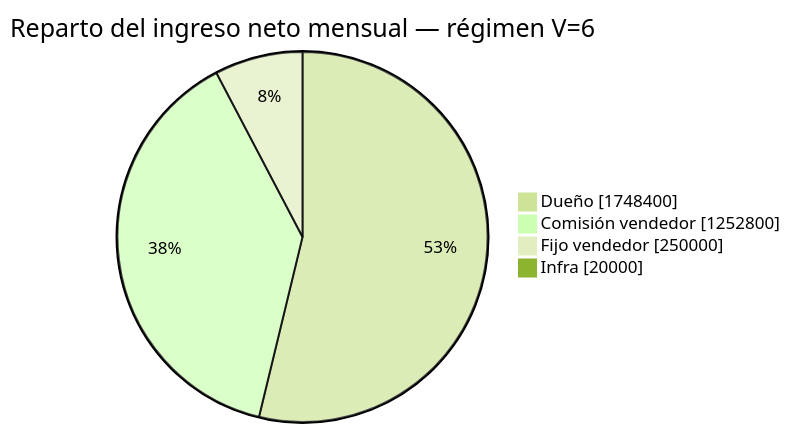
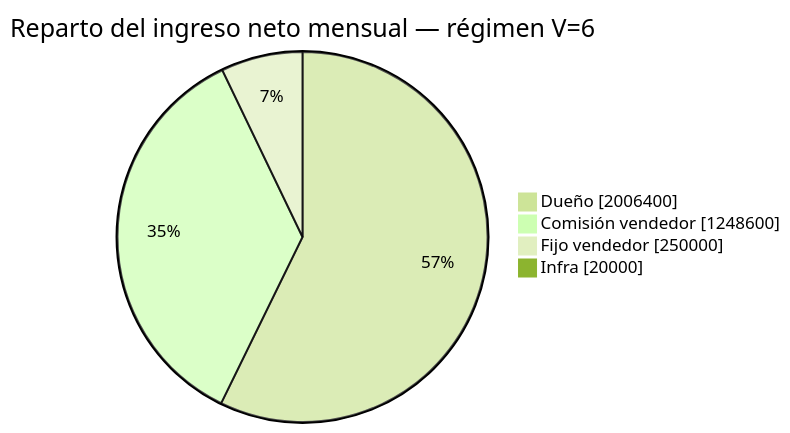
Before and after one commit to dantofema/comercial: the third of 3 diagrams in vinotecas/lsp-vendedor.md, drawn with Mermaid (forest theme). The commit also changed other lines of this file and 1 other file, not shown here.

First line of the commit message:
docs(vinotecas): rework lsp-vendedor con setup 190k y comision en %

````diff
--- a/vinotecas/lsp-vendedor.md
+++ b/vinotecas/lsp-vendedor.md
@@ -164,8 +159,8 @@
 ```mermaid
 pie showData
     title Reparto del ingreso neto mensual — régimen V=6
-    "Dueño" : 1748400
-    "Comisión vendedor" : 1252800
+    "Dueño" : 2006400
+    "Comisión vendedor" : 1248600
     "Fijo vendedor" : 250000
     "Infra" : 20000
 ```
````
